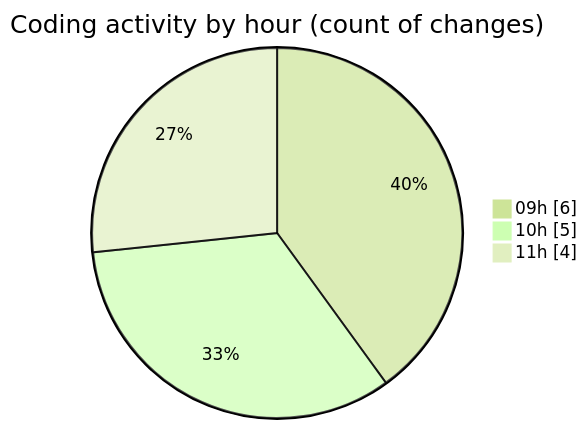
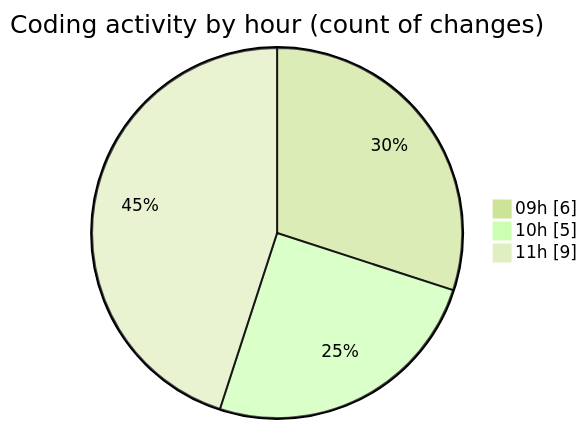
Before and after one commit to momahboobian/code-tracking: the second of 2 diagrams in 2025-10-02/cda/README.md, drawn with Mermaid (forest theme). The commit also changed other lines of this file and 1 other file, not shown here.

````diff
--- a/2025-10-02/cda/README.md
+++ b/2025-10-02/cda/README.md
@@ -32,7 +32,7 @@
 ```mermaid
 pie showData
 title Coding activity by hour (count of changes)
 "09h" : 6
 "10h" : 5
-"11h" : 4
+"11h" : 9
 ```
````
